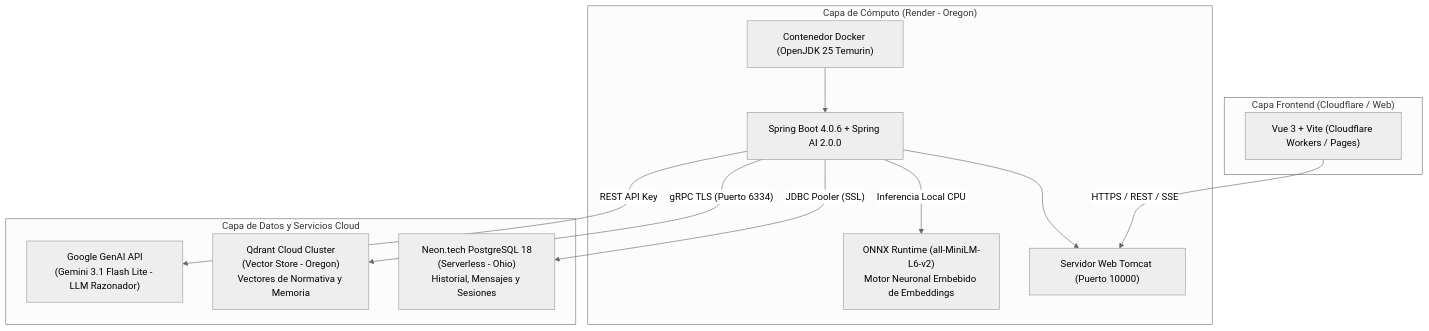
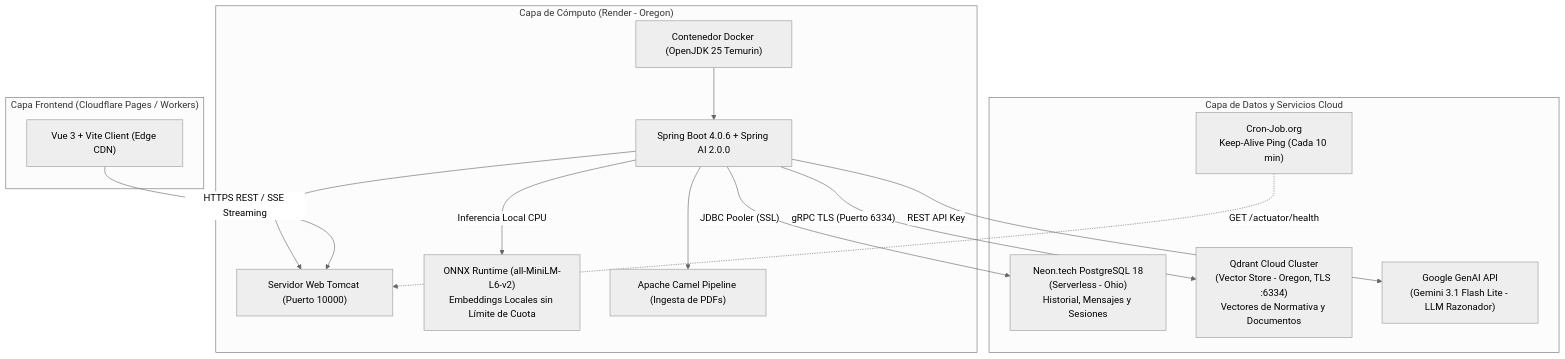
The diagram in INFORME_DESPLIEGUE_BACKEND_CLOUD.md (BelenPaca/tesis-simulador-transito), drawn with Mermaid (neutral theme) before and after one commit. The commit also changed other lines of this file and 8 other files, not shown here.

Commit message:
feat(rag): estabilizar arquitectura RAG, memoria conversacional, pastillas exactas y aislamiento de documentos

````diff
--- a/INFORME_DESPLIEGUE_BACKEND_CLOUD.md
+++ b/INFORME_DESPLIEGUE_BACKEND_CLOUD.md
@@ -13,27 +14,31 @@
 ```mermaid
 flowchart TD
-    subgraph Frontend ["Capa Frontend (Cloudflare / Web)"]
-        UI["Vue 3 + Vite (Cloudflare Workers / Pages)"]
+    subgraph Frontend ["Capa Frontend (Cloudflare Pages / Workers)"]
+        UI["Vue 3 + Vite Client (Edge CDN)"]
     end
 
     subgraph Backend ["Capa de Cómputo (Render - Oregon)"]
         Docker["Contenedor Docker (OpenJDK 25 Temurin)"]
         Spring["Spring Boot 4.0.6 + Spring AI 2.0.0"]
         Tomcat["Servidor Web Tomcat (Puerto 10000)"]
-        ONNX["ONNX Runtime (all-MiniLM-L6-v2)\nMotor Neuronal Embebido de Embeddings"]
+        ONNX["ONNX Runtime (all-MiniLM-L6-v2)\nEmbeddings Locales sin Límite de Cuota"]
+        Camel["Apache Camel Pipeline (Ingesta de PDFs)"]
         Docker --> Spring
         Spring --> Tomcat
         Spring -->|"Inferencia Local CPU"| ONNX
+        Spring --> Camel
     end
 
     subgraph DataCloud ["Capa de Datos y Servicios Cloud"]
         Neon["Neon.tech PostgreSQL 18\n(Serverless - Ohio)\nHistorial, Mensajes y Sesiones"]
-        Qdrant["Qdrant Cloud Cluster\n(Vector Store - Oregon)\nVectores de Normativa y Memoria"]
+        Qdrant["Qdrant Cloud Cluster\n(Vector Store - Oregon, TLS :6334)\nVectores de Normativa y Documentos"]
         GoogleAI["Google GenAI API\n(Gemini 3.1 Flash Lite - LLM Razonador)"]
+        CronJob["Cron-Job.org\nKeep-Alive Ping (Cada 10 min)"]
     end
 
-    UI -->|"HTTPS / REST / SSE"| Tomcat
+    UI -->|"HTTPS REST / SSE Streaming"| Tomcat
     Spring -->|"JDBC Pooler (SSL)"| Neon
     Spring -->|"gRPC TLS (Puerto 6334)"| Qdrant
     Spring -->|"REST API Key"| GoogleAI
+    CronJob -.->|"GET /actuator/health"| Tomcat
 ```
````
